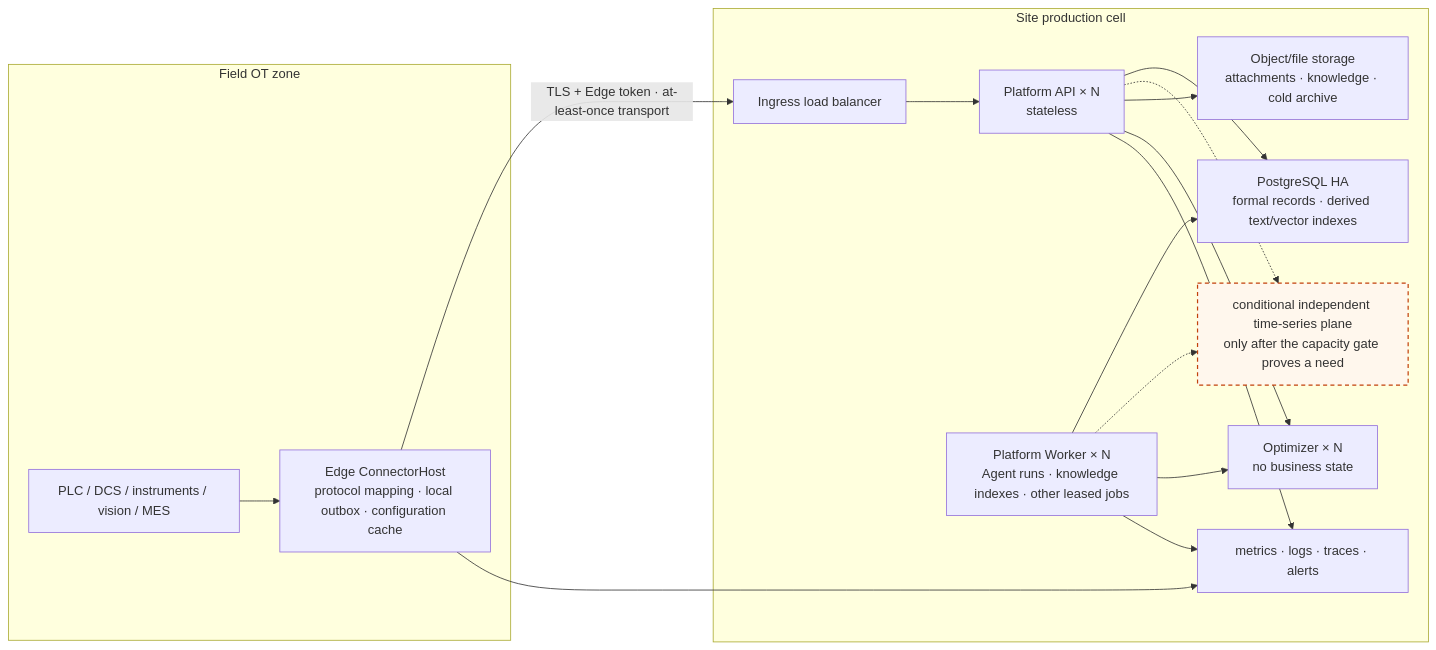
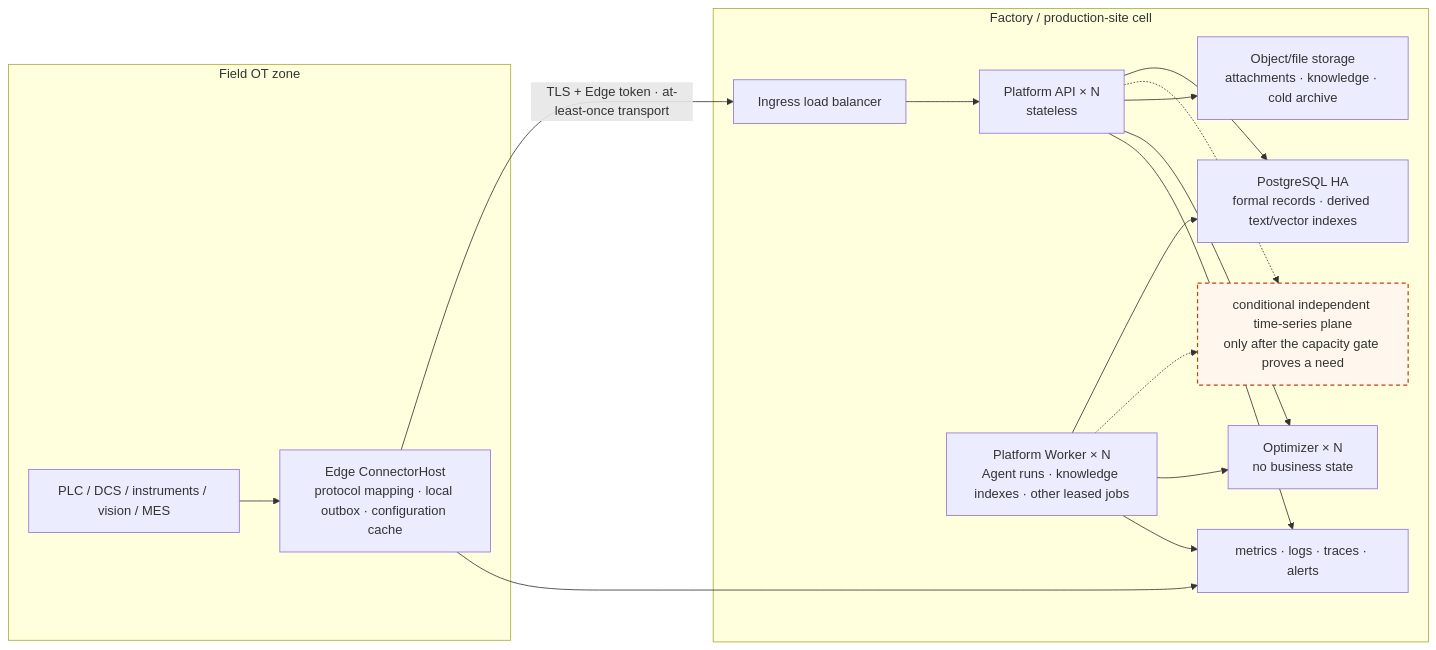
One commit to liuweichaox/Ingot changed the diagram in docs/production-architecture.en.md. Above: the diagram before and after it, drawn with Mermaid. The commit also changed other lines of this file and 73 other files, not shown here.

````diff
--- a/docs/production-architecture.en.md
+++ b/docs/production-architecture.en.md
@@ -76,34 +78,34 @@
 ```mermaid
 flowchart LR
     subgraph OT["Field OT zone"]
         Sources["PLC / DCS / instruments / vision / MES"]
         Edge["Edge ConnectorHost\nprotocol mapping · local outbox · configuration cache"]
         Sources --> Edge
     end
 
-    subgraph Cell["Site production cell"]
+    subgraph Cell["Factory / production-site cell"]
         LB["Ingress load balancer"]
         Api["Platform API × N\nstateless"]
         Worker["Platform Worker × N\nAgent runs · knowledge indexes · other leased jobs"]
         Control["PostgreSQL HA\nformal records · derived text/vector indexes"]
         Series["conditional independent time-series plane\nonly after the capacity gate proves a need"]
         Files["Object/file storage\nattachments · knowledge · cold archive"]
         Optimizer["Optimizer × N\nno business state"]
         Observe["metrics · logs · traces · alerts"]
         LB --> Api
         Api --> Control
         Api -.-> Series
         Api --> Files
         Worker --> Control
         Worker -.-> Series
         Worker --> Optimizer
         Api --> Optimizer
         Api --> Observe
         Worker --> Observe
     end
 
     Edge -->|"TLS + Edge token · at-least-once transport"| LB
     Edge --> Observe
     classDef future fill:#FFF7ED,stroke:#C2410C,stroke-width:1.5px,stroke-dasharray:5 4
     class Series future
 ```
````
